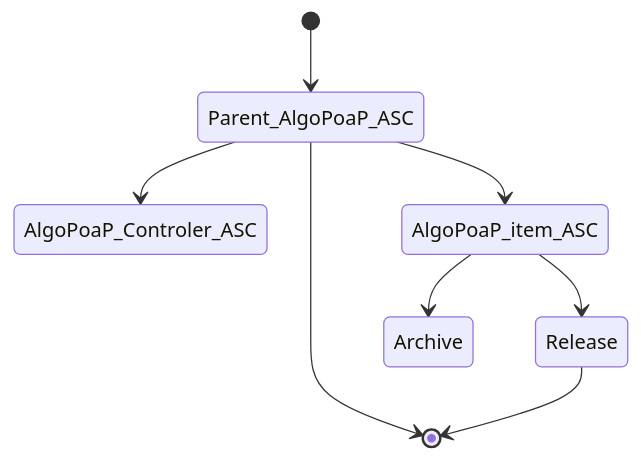
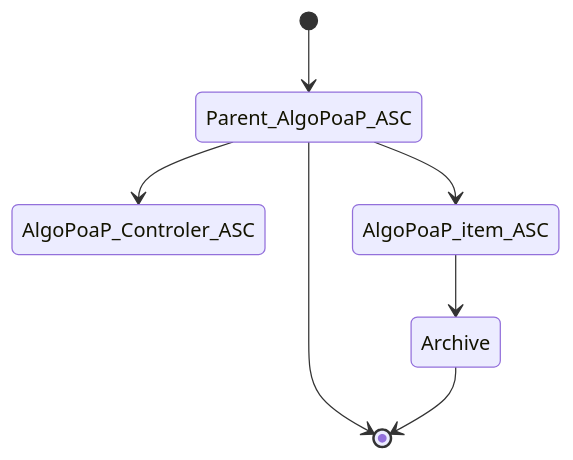
The second of 2 diagrams in README.md (Sun-C0ffee/algopoap-smartcontracts), drawn with Mermaid before and after one commit.

````diff
--- a/README.md
+++ b/README.md
@@ -26,11 +26,10 @@
 ```mermaid
   stateDiagram-v2
     [*] --> Parent_AlgoPoaP_ASC
     Parent_AlgoPoaP_ASC --> [*]
     Parent_AlgoPoaP_ASC --> AlgoPoaP_Controler_ASC
     Parent_AlgoPoaP_ASC --> AlgoPoaP_item_ASC
     
-    AlgoPoaP_item_ASC --> Release
     AlgoPoaP_item_ASC --> Archive
-    Release --> [*]
+    Archive --> [*]
 ```
````
